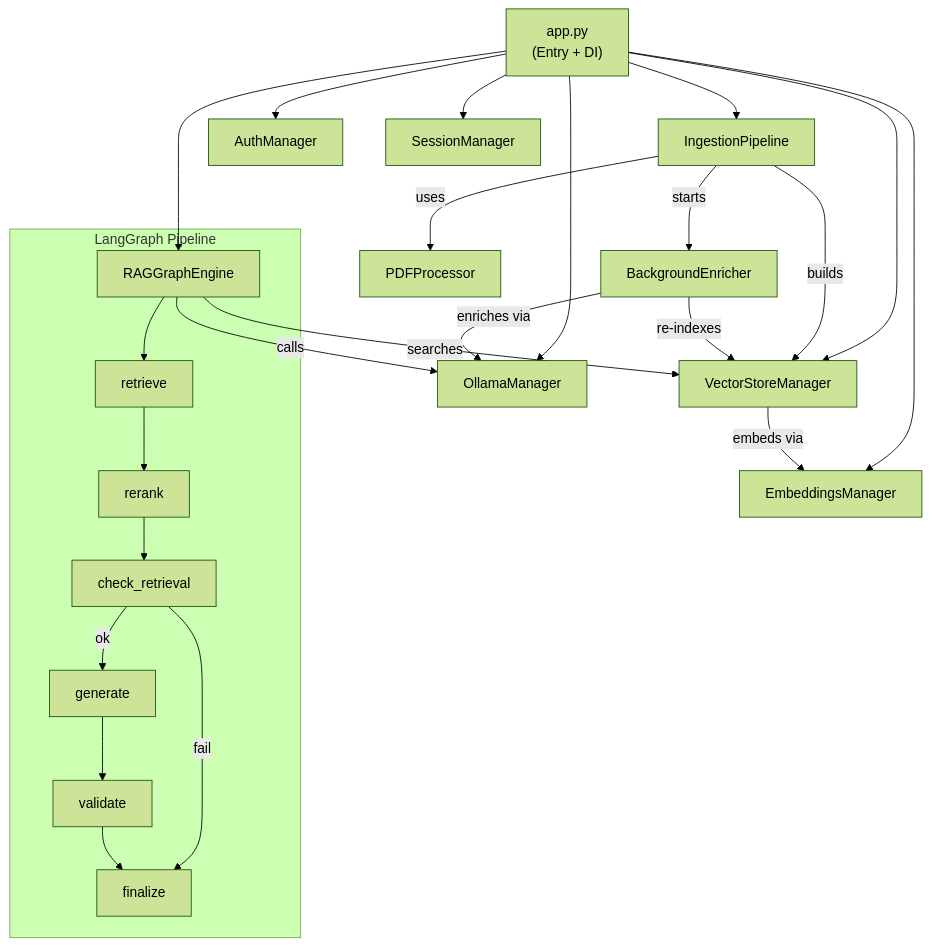
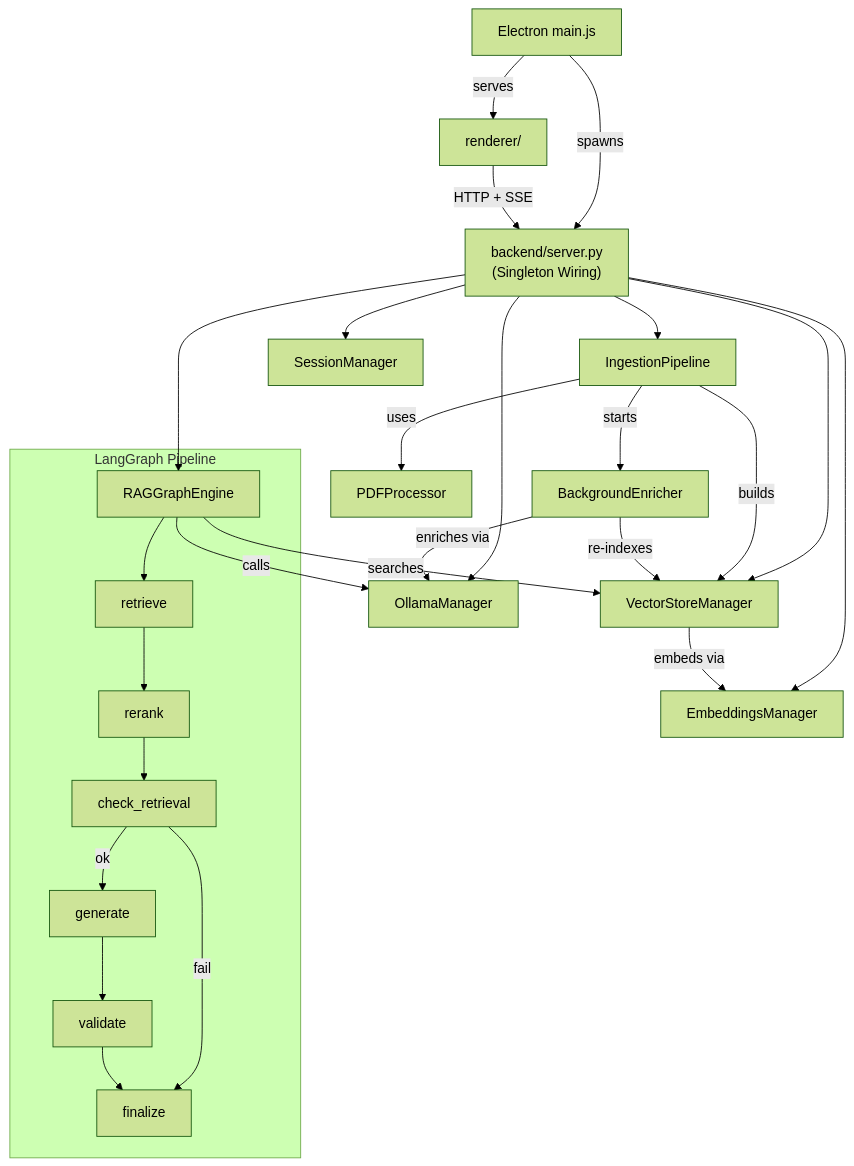
One commit to Ravi1112005/PrivateGPT changed the diagram in docs/ARCHITECTURE.md. Above: the diagram before and after it, drawn with Mermaid (forest theme). The commit also changed other lines of this file and 8 other files, not shown here.

````diff
--- a/docs/ARCHITECTURE.md
+++ b/docs/ARCHITECTURE.md
@@ -195,31 +236,34 @@
 ```mermaid
 graph TD
-    A["app.py<br/>(Entry + DI)"] --> B["EmbeddingsManager"]
+    A["backend/server.py<br/>(Singleton Wiring)"] --> B["EmbeddingsManager"]
     A --> C["VectorStoreManager"]
     A --> D["IngestionPipeline"]
     A --> E["RAGGraphEngine"]
     A --> F["OllamaManager"]
-    A --> G["AuthManager"]
     A --> H["SessionManager"]
 
     D -->|"uses"| I["PDFProcessor"]
     D -->|"builds"| C
     D -->|"starts"| J["BackgroundEnricher"]
 
     E -->|"searches"| C
     E -->|"calls"| F
 
     C -->|"embeds via"| B
     J -->|"enriches via"| F
     J -->|"re-indexes"| C
 
+    K["Electron main.js"] -->|"spawns"| A
+    K -->|"serves"| L["renderer/"]
+    L -->|"HTTP + SSE"| A
+
     subgraph "LangGraph Pipeline"
-        E --> K["retrieve"]
-        K --> L["rerank"]
-        L --> M["check_retrieval"]
-        M -->|"ok"| N["generate"]
-        M -->|"fail"| P["finalize"]
-        N --> O["validate"]
-        O --> P
+        E --> M["retrieve"]
+        M --> N["rerank"]
+        N --> O["check_retrieval"]
+        O -->|"ok"| P["generate"]
+        O -->|"fail"| R["finalize"]
+        P --> Q["validate"]
+        Q --> R
     end
 ```
````
